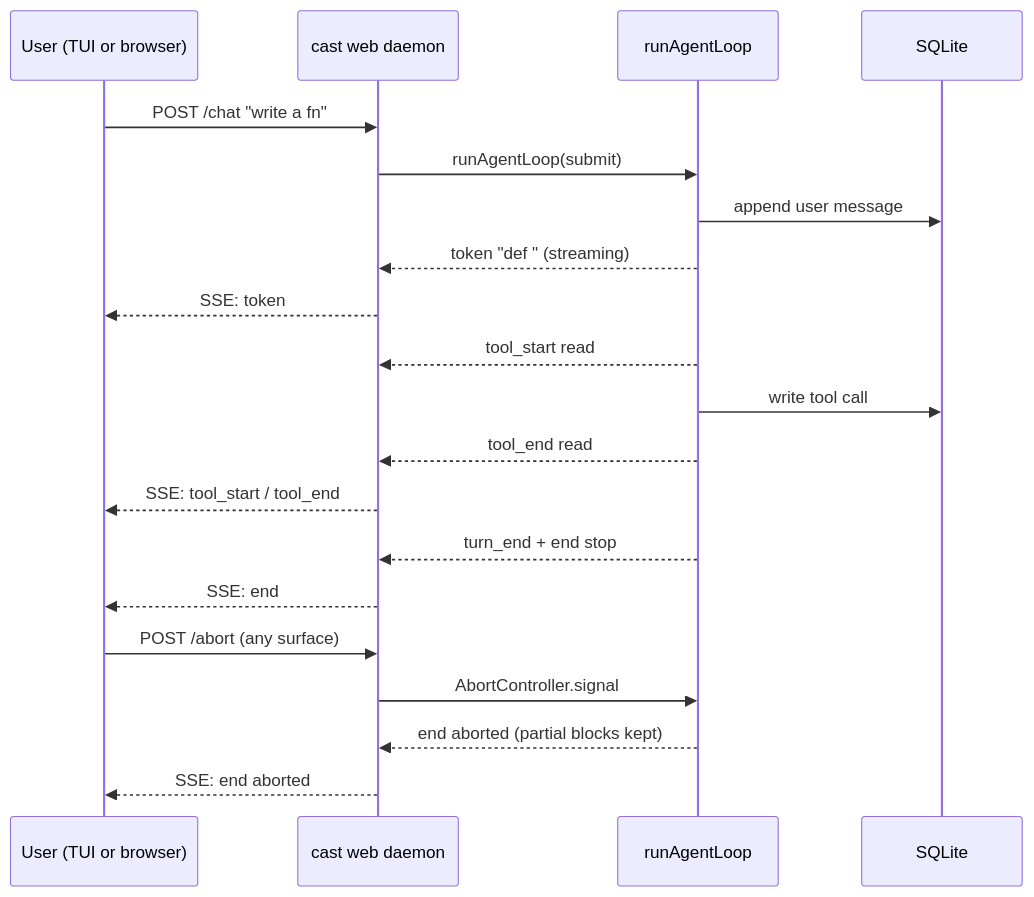
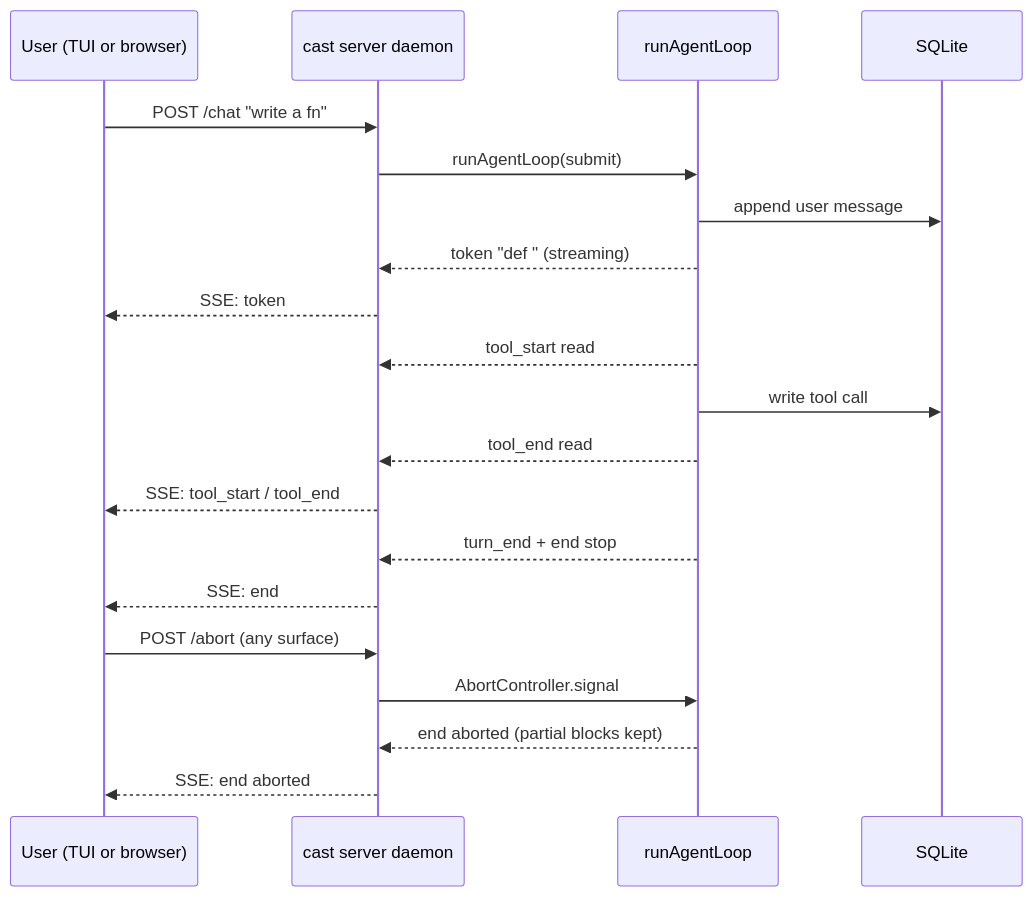
Before and after one commit to aa-blinov/cast: the second of 2 diagrams in docs/architecture.md, drawn with Mermaid. The commit also changed other lines of this file and 135 other files, not shown here.

First line of the commit message:
refactor: rename cast web to cast server, single persistent daemon, run via server

````diff
--- a/docs/architecture.md
+++ b/docs/architecture.md
@@ -114,23 +114,23 @@
 ```mermaid
 sequenceDiagram
     participant U as User (TUI or browser)
-    participant D as cast web daemon
+    participant D as cast server daemon
     participant L as runAgentLoop
     participant S as SQLite
 
     U->>D: POST /chat "write a fn"
     D->>L: runAgentLoop(submit)
     L->>S: append user message
     L-->>D: token "def " (streaming)
     D-->>U: SSE: token
     L-->>D: tool_start read
     L->>S: write tool call
     L-->>D: tool_end read
     D-->>U: SSE: tool_start / tool_end
     L-->>D: turn_end + end stop
     D-->>U: SSE: end
     U->>D: POST /abort (any surface)
     D->>L: AbortController.signal
     L-->>D: end aborted (partial blocks kept)
     D-->>U: SSE: end aborted
 ```
````
